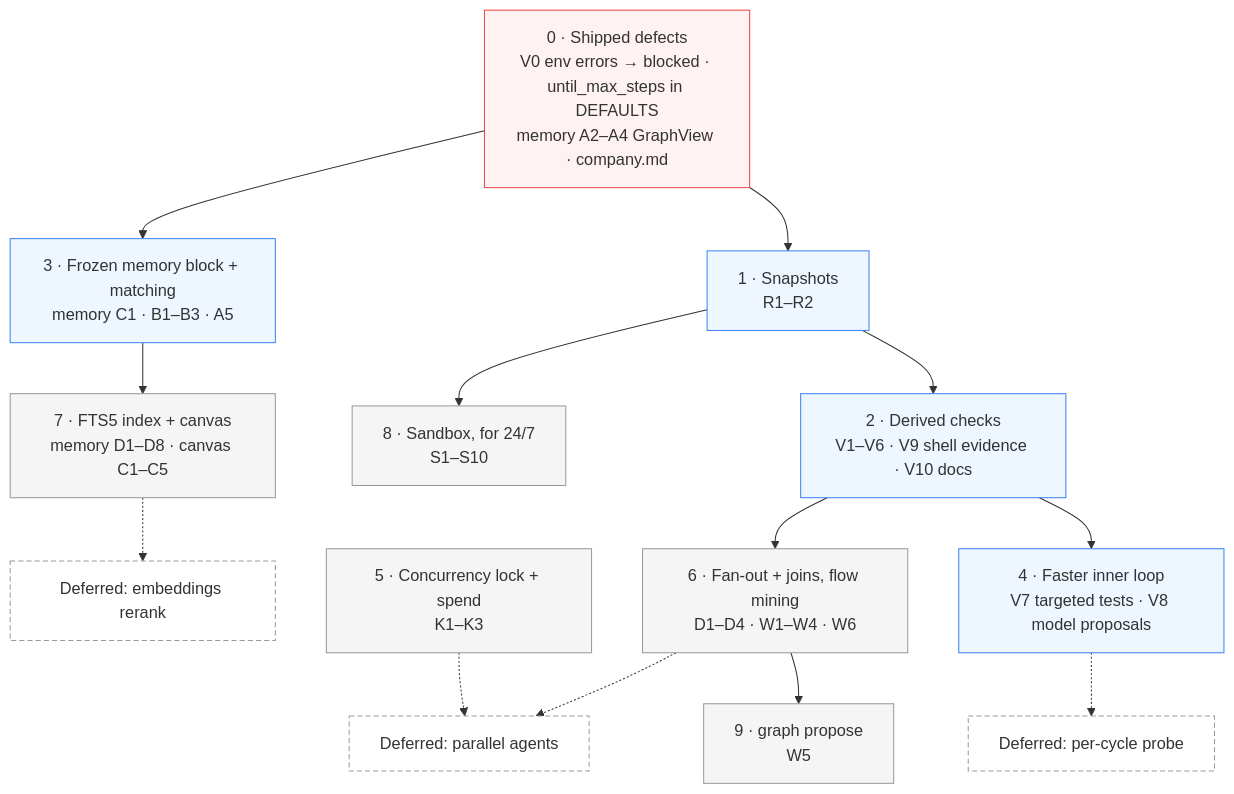
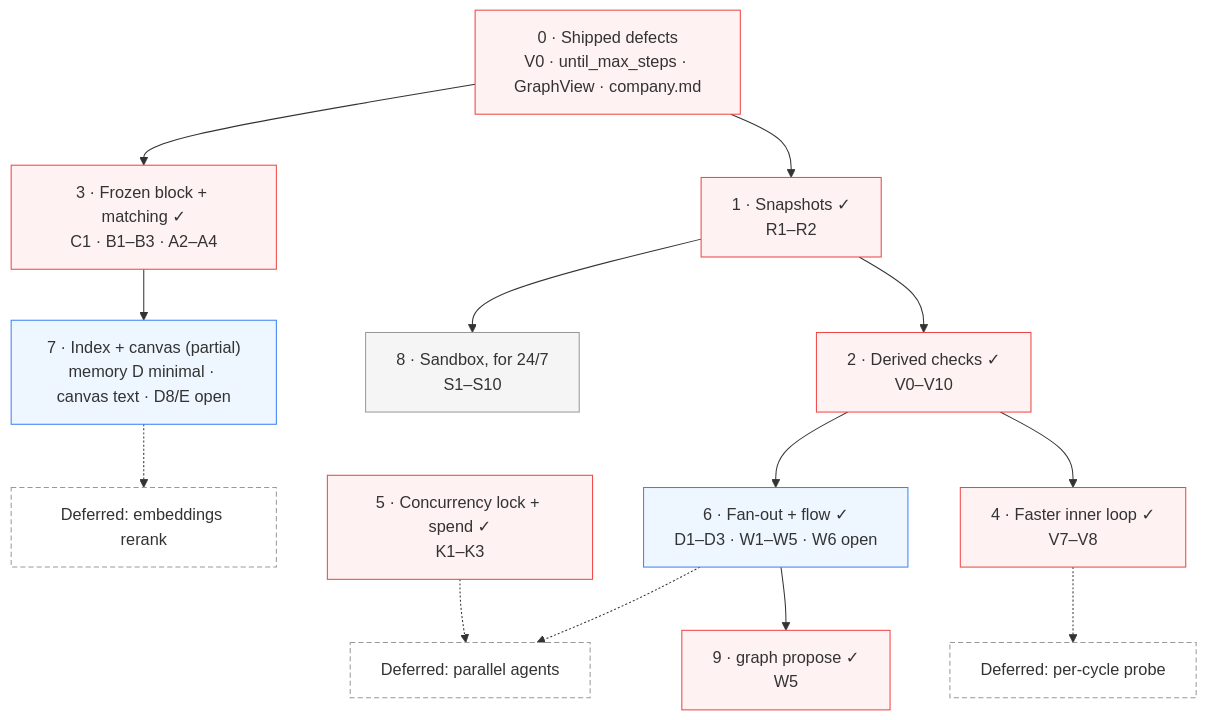
Before and after one commit to XD-Builder/environment-setup: the diagram in lmloop/docs/DESIGN_ROADMAP.md, drawn with Mermaid. The commit also changed other lines of this file and 6 other files, not shown here.

First line of the commit message:
docs: sync design doc status with shipped roadmap work

````diff
--- a/lmloop/docs/DESIGN_ROADMAP.md
+++ b/lmloop/docs/DESIGN_ROADMAP.md
@@ -141,33 +141,33 @@
 ```mermaid
 flowchart TD
   classDef now fill:#fef2f2,stroke:#ef4444
   classDef core fill:#eef6ff,stroke:#3b82f6
   classDef later fill:#f5f5f5,stroke:#999
   classDef defer fill:#ffffff,stroke:#999,stroke-dasharray:5 3
 
-  s0["0 · Shipped defects<br/>V0 env errors → blocked · until_max_steps in DEFAULTS<br/>memory A2–A4 GraphView · company.md"]:::now
-  s1["1 · Snapshots<br/>R1–R2"]:::core
-  s2["2 · Derived checks<br/>V1–V6 · V9 shell evidence · V10 docs"]:::core
-  s3["3 · Frozen memory block + matching<br/>memory C1 · B1–B3 · A5"]:::core
-  s4["4 · Faster inner loop<br/>V7 targeted tests · V8 model proposals"]:::core
-  s5["5 · Concurrency lock + spend<br/>K1–K3"]:::later
-  s6["6 · Fan-out + joins, flow mining<br/>D1–D4 · W1–W4 · W6"]:::later
-  s7["7 · FTS5 index + canvas<br/>memory D1–D8 · canvas C1–C5"]:::later
+  s0["0 · Shipped defects<br/>V0 · until_max_steps · GraphView · company.md"]:::now
+  s1["1 · Snapshots ✓<br/>R1–R2"]:::now
+  s2["2 · Derived checks ✓<br/>V0–V10"]:::now
+  s3["3 · Frozen block + matching ✓<br/>C1 · B1–B3 · A2–A4"]:::now
+  s4["4 · Faster inner loop ✓<br/>V7–V8"]:::now
+  s5["5 · Concurrency lock + spend ✓<br/>K1–K3"]:::now
+  s6["6 · Fan-out + flow ✓<br/>D1–D3 · W1–W5 · W6 open"]:::core
+  s7["7 · Index + canvas (partial)<br/>memory D minimal · canvas text · D8/E open"]:::core
   s8["8 · Sandbox, for 24/7<br/>S1–S10"]:::later
-  s9["9 · graph propose<br/>W5"]:::later
+  s9["9 · graph propose ✓<br/>W5"]:::now
   x1["Deferred: parallel agents"]:::defer
   x2["Deferred: per-cycle probe"]:::defer
   x3["Deferred: embeddings rerank"]:::defer
 
   s0 --> s1 --> s2
   s2 --> s4
   s0 --> s3
   s3 --> s7
   s2 --> s6
   s6 --> s9
   s1 --> s8
   s5 -.-> x1
   s6 -.-> x1
   s7 -.-> x3
   s4 -.-> x2
 ```
````
